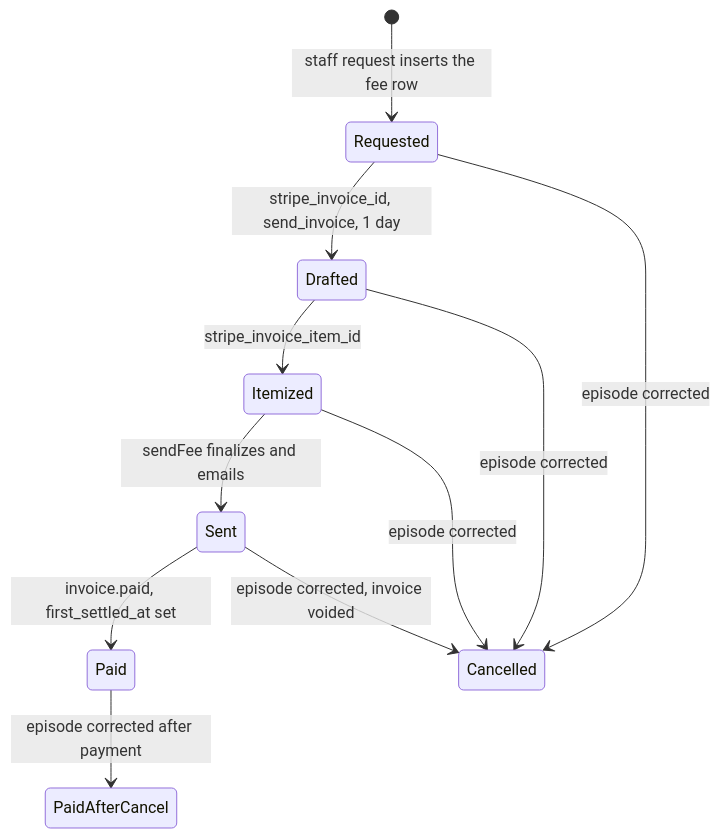
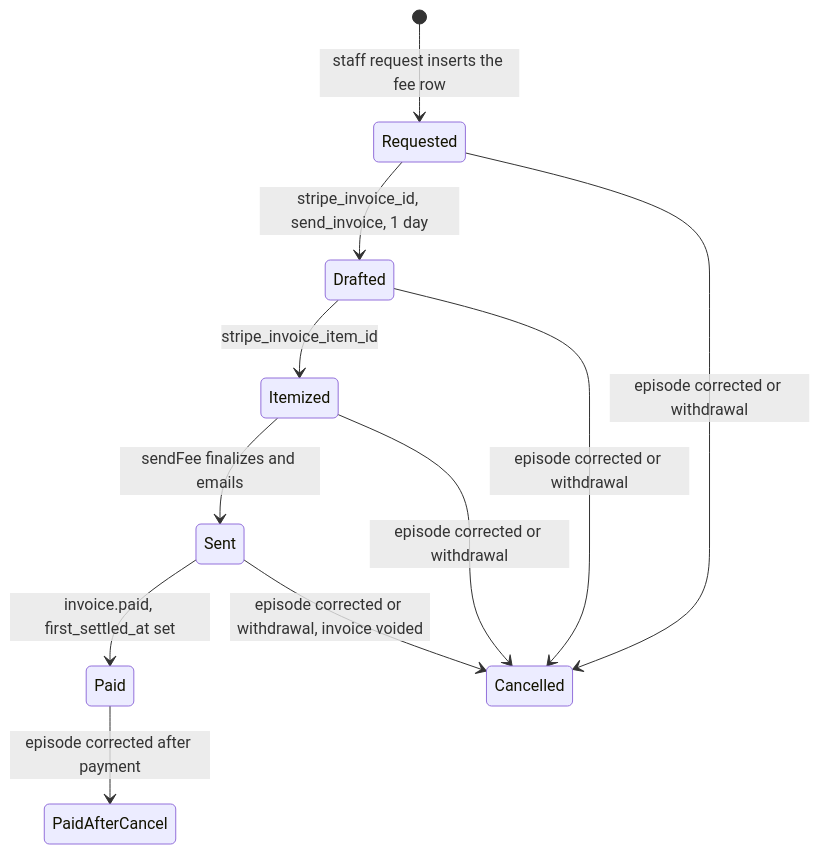
One commit to devGabriel131/ProjectHermes changed the third of 3 diagrams in docs/billing/invoices.md. Above: the diagram before and after it, drawn with Mermaid. The commit also changed other lines of this file and 34 other files, not shown here.

````diff
--- a/docs/billing/invoices.md
+++ b/docs/billing/invoices.md
@@ -115,13 +118,13 @@
 ```mermaid
 stateDiagram-v2
     [*] --> Requested : staff request inserts the fee row
     Requested --> Drafted : stripe_invoice_id, send_invoice, 1 day
     Drafted --> Itemized : stripe_invoice_item_id
     Itemized --> Sent : sendFee finalizes and emails
     Sent --> Paid : invoice.paid, first_settled_at set
-    Requested --> Cancelled : episode corrected
-    Drafted --> Cancelled : episode corrected
-    Itemized --> Cancelled : episode corrected
-    Sent --> Cancelled : episode corrected, invoice voided
+    Requested --> Cancelled : episode corrected or withdrawal
+    Drafted --> Cancelled : episode corrected or withdrawal
+    Itemized --> Cancelled : episode corrected or withdrawal
+    Sent --> Cancelled : episode corrected or withdrawal, invoice voided
     Paid --> PaidAfterCancel : episode corrected after payment
 ```
````
